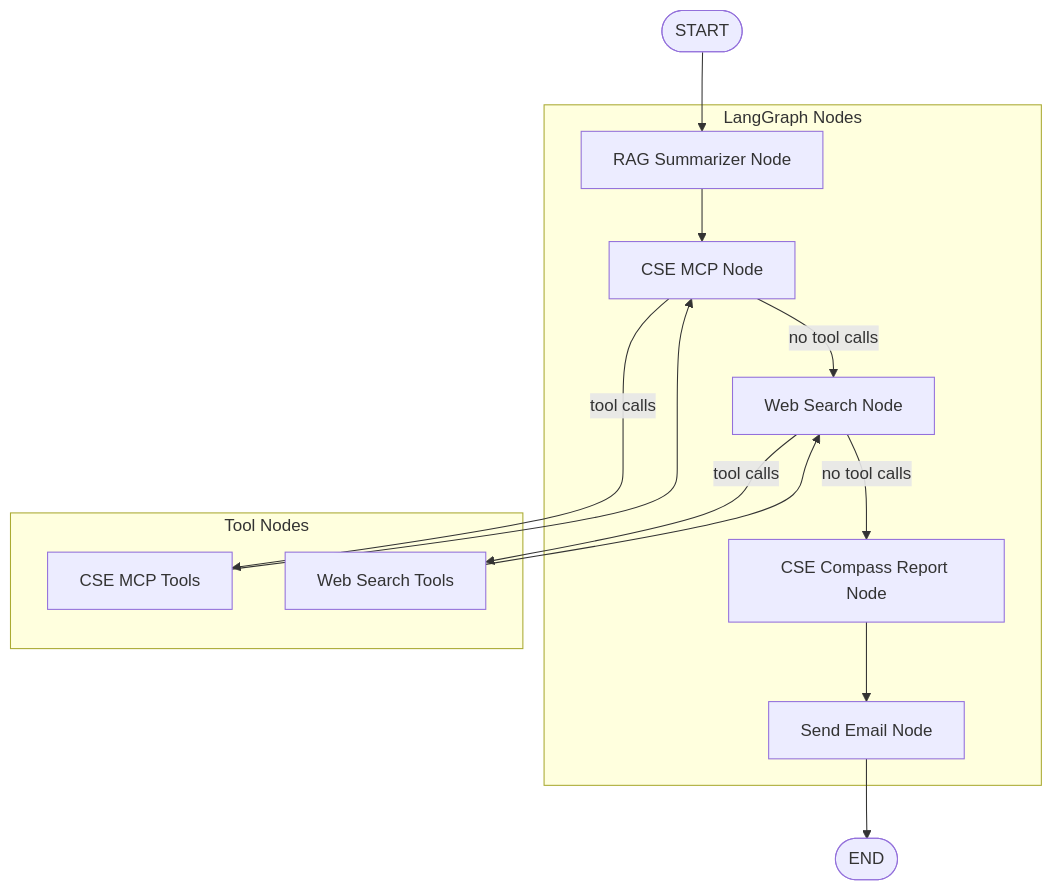
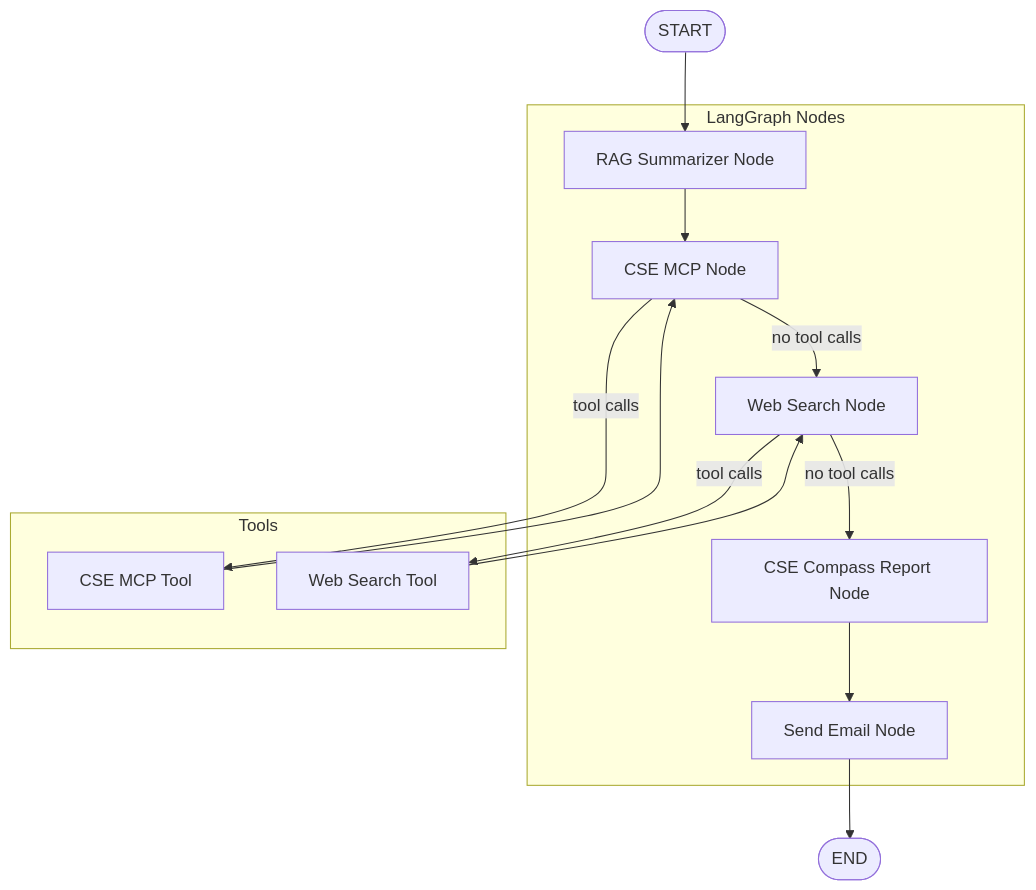
Before and after one commit to PrabhashDilhan/cse_compass: the diagram in README.md, drawn with Mermaid. The commit also changed other lines of this file, not shown here.

Commit message:
change read me

````diff
--- a/README.md
+++ b/README.md
@@ -28,29 +28,29 @@
 ```mermaid
 flowchart TD
     START([START]) --> rag_summarizer_node
     rag_summarizer_node[RAG Summarizer Node] --> cse_mcp_node
 
-    cse_mcp_node[CSE MCP Node] -->|tool calls| cse_mcp_tools
+    cse_mcp_node[CSE MCP Node] -->|tool calls| cse_mcp_tool
     cse_mcp_node -->|no tool calls| web_search_node
-    cse_mcp_tools[CSE MCP Tools] --> cse_mcp_node
+    cse_mcp_tool[CSE MCP Tool] --> cse_mcp_node
 
-    web_search_node[Web Search Node] -->|tool calls| web_search_tools
+    web_search_node[Web Search Node] -->|tool calls| web_search_tool
     web_search_node -->|no tool calls| cse_compass_report_node
-    web_search_tools[Web Search Tools] --> web_search_node
+    web_search_tool[Web Search Tool] --> web_search_node
 
     cse_compass_report_node[CSE Compass Report Node] --> send_email_node
     send_email_node[Send Email Node] --> END([END])
 
     subgraph "LangGraph Nodes"
         rag_summarizer_node
         cse_mcp_node
         web_search_node
         cse_compass_report_node
         send_email_node
     end
 
-    subgraph "Tool Nodes"
-        cse_mcp_tools
-        web_search_tools
+    subgraph Tools
+        cse_mcp_tool
+        web_search_tool
     end
 ```
````
